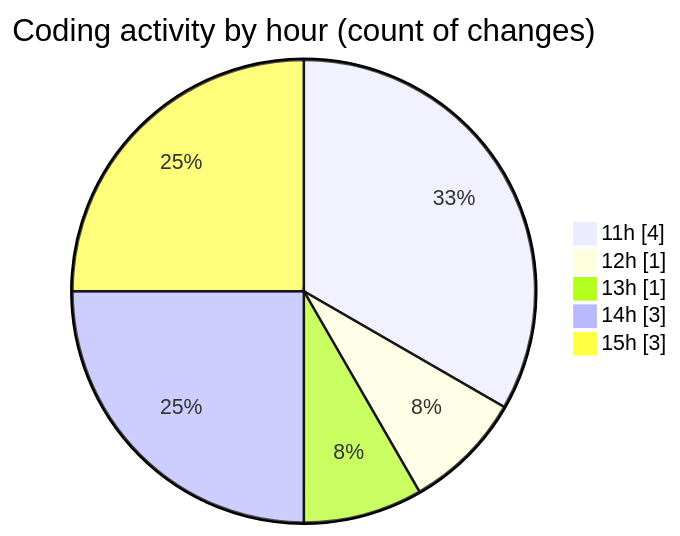
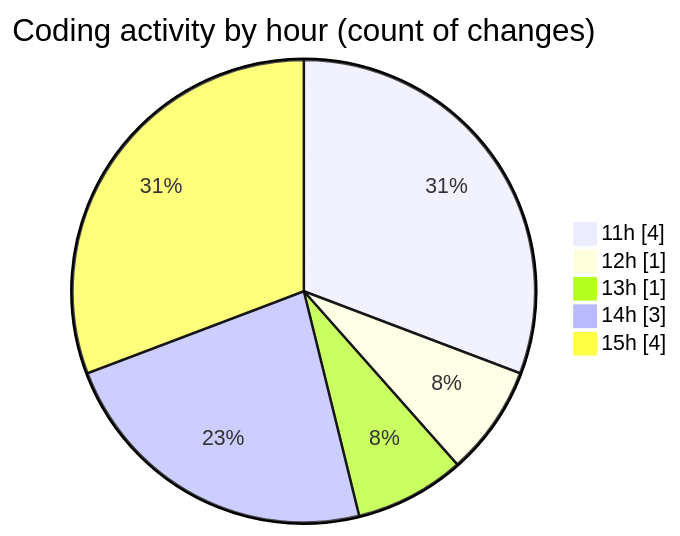
Before and after one commit to LanceThiago/code-tracking: the second of 2 diagrams in 2026-09-09/web/README.md, drawn with Mermaid. The commit also changed other lines of this file and 1 other file, not shown here.

````diff
--- a/2026-09-09/web/README.md
+++ b/2026-09-09/web/README.md
@@ -32,9 +32,9 @@
 ```mermaid
 pie showData
 title Coding activity by hour (count of changes)
 "11h" : 4
 "12h" : 1
 "13h" : 1
 "14h" : 3
-"15h" : 3
+"15h" : 4
 ```
````
